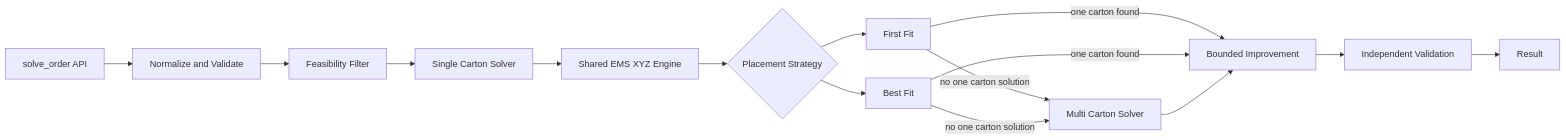
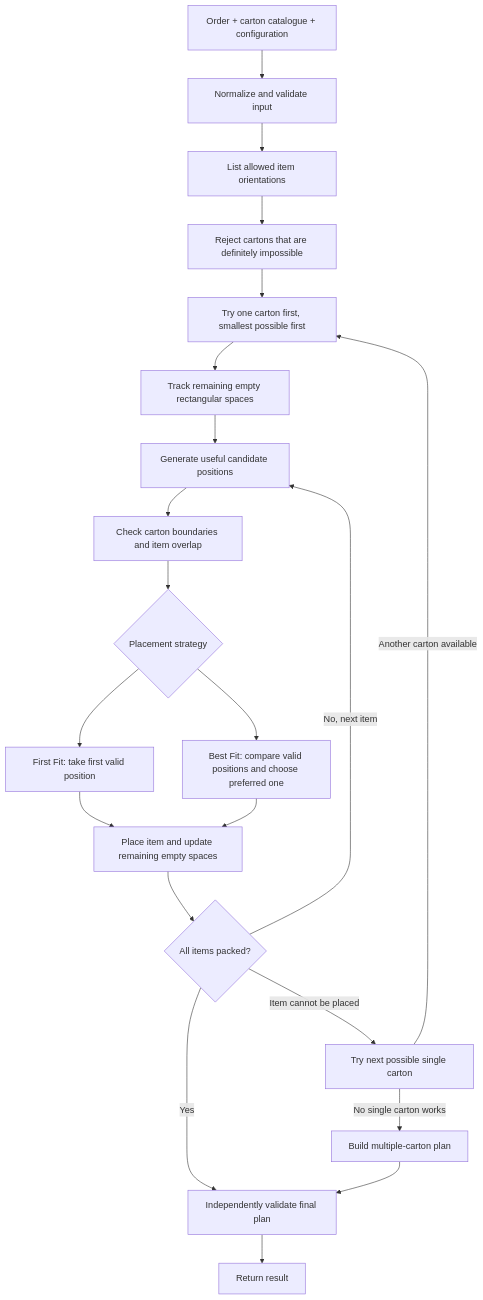
The diagram in src/PRODUCT_SPEC.md (Voycepeh/ihubsolutions-capstone-project), drawn with Mermaid before and after one commit. The commit also changed other lines of this file, not shown here.

Commit message:
docs: simplify solver terminology across product specification

````diff
--- a/src/PRODUCT_SPEC.md
+++ b/src/PRODUCT_SPEC.md
@@ -201,24 +264,31 @@
 ```mermaid
-flowchart LR
-    A[solve_order API]
-    B[Normalize and Validate]
-    C[Feasibility Filter]
-    D[Single Carton Solver]
-    E[Shared EMS XYZ Engine]
-    F{Placement Strategy}
-    G[First Fit]
-    H[Best Fit]
-    I[Multi Carton Solver]
-    J[Bounded Improvement]
-    K[Independent Validation]
-    L[Result]
+flowchart TD
+    A[Order + carton catalogue + configuration]
+    B[Normalize and validate input]
+    C[List allowed item orientations]
+    D[Reject cartons that are definitely impossible]
+    E[Try one carton first, smallest possible first]
+    F[Track remaining empty rectangular spaces]
+    G[Generate useful candidate positions]
+    H[Check carton boundaries and item overlap]
+    I{Placement strategy}
+    J[First Fit: take first valid position]
+    K[Best Fit: compare valid positions and choose preferred one]
+    L[Place item and update remaining empty spaces]
+    M{All items packed?}
+    N[Try next possible single carton]
+    O[Build multiple-carton plan]
+    P[Independently validate final plan]
+    Q[Return result]
 
-    A --> B --> C --> D --> E --> F
-    F --> G
-    F --> H
-    G -->|one carton found| J
-    H -->|one carton found| J
-    G -->|no one carton solution| I
-    H -->|no one carton solution| I
-    I --> J --> K --> L
+    A --> B --> C --> D --> E --> F --> G --> H --> I
+    I --> J --> L
+    I --> K --> L
+    L --> M
+    M -->|No, next item| G
+    M -->|Item cannot be placed| N
+    N -->|Another carton available| E
+    N -->|No single carton works| O
+    M -->|Yes| P
+    O --> P --> Q
 ```
````
